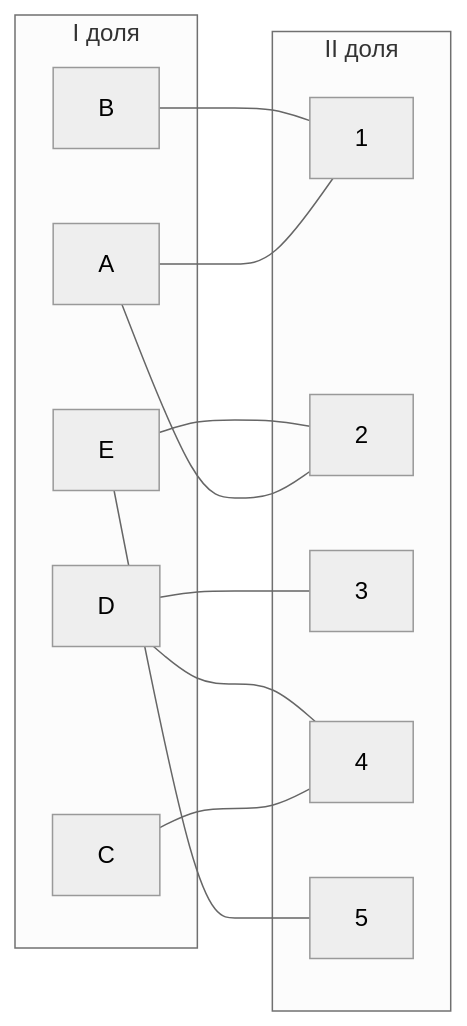
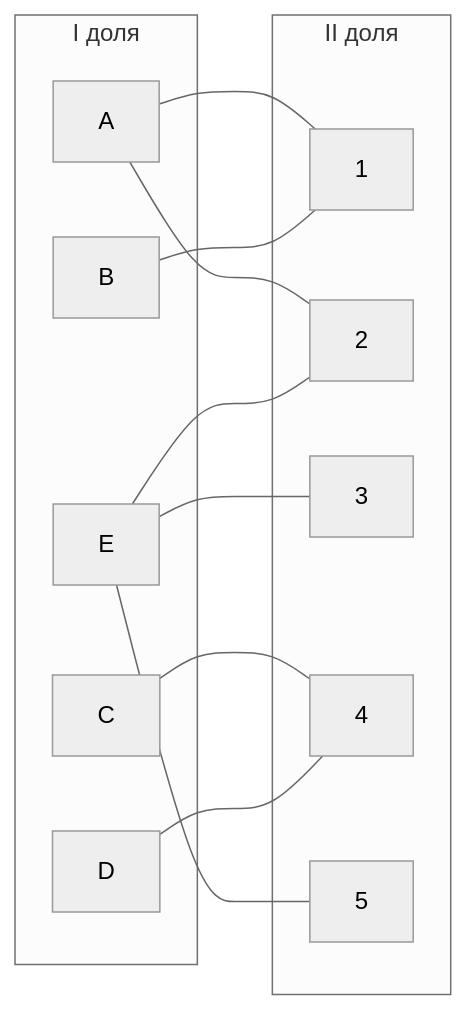
One commit to HSE-algo-23-owl/manual_tasks changed the first of 10 diagrams in task_13/AlgoWizards.md. Above: the diagram before and after it, drawn with Mermaid (neutral theme). The commit also changed other lines of this file, not shown here.

````diff
--- a/task_13/AlgoWizards.md
+++ b/task_13/AlgoWizards.md
@@ -51,26 +51,26 @@
 ```mermaid
 graph LR
     subgraph "I доля"
         A[A]
         B[B]
         C[C]
         D[D]
         E[E]
     end
     subgraph "II доля"
         1[1]
         2[2]
         3[3]
         4[4]
         5[5]
     end
     A --- 1
     B --- 1
     A --- 2
     E --- 2
-    D --- 3
+    E --- 3
     C --- 4
     D --- 4
     E --- 5
 
 ```
````
